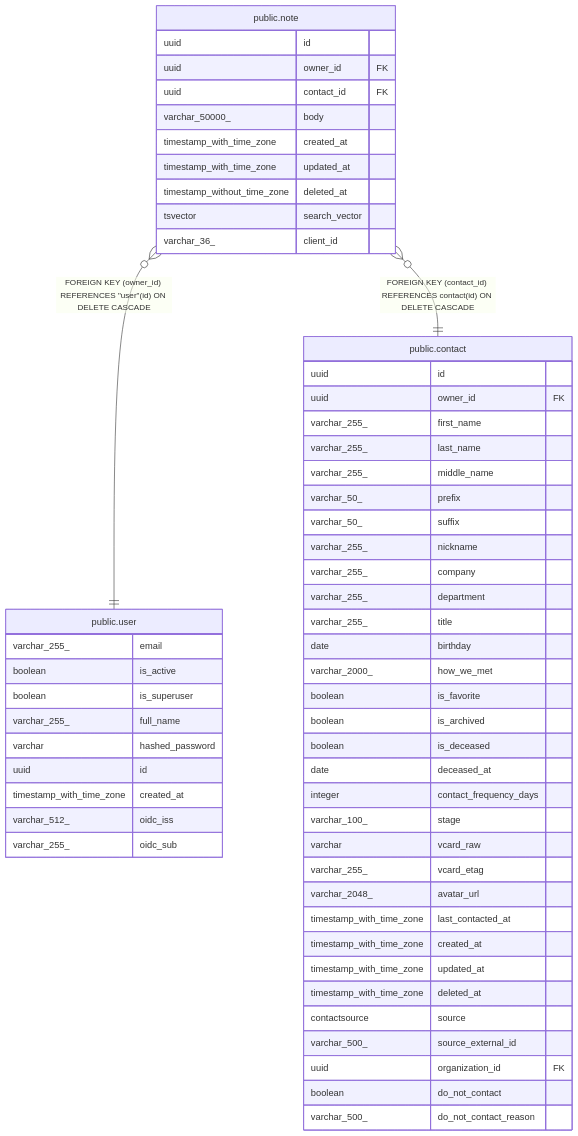
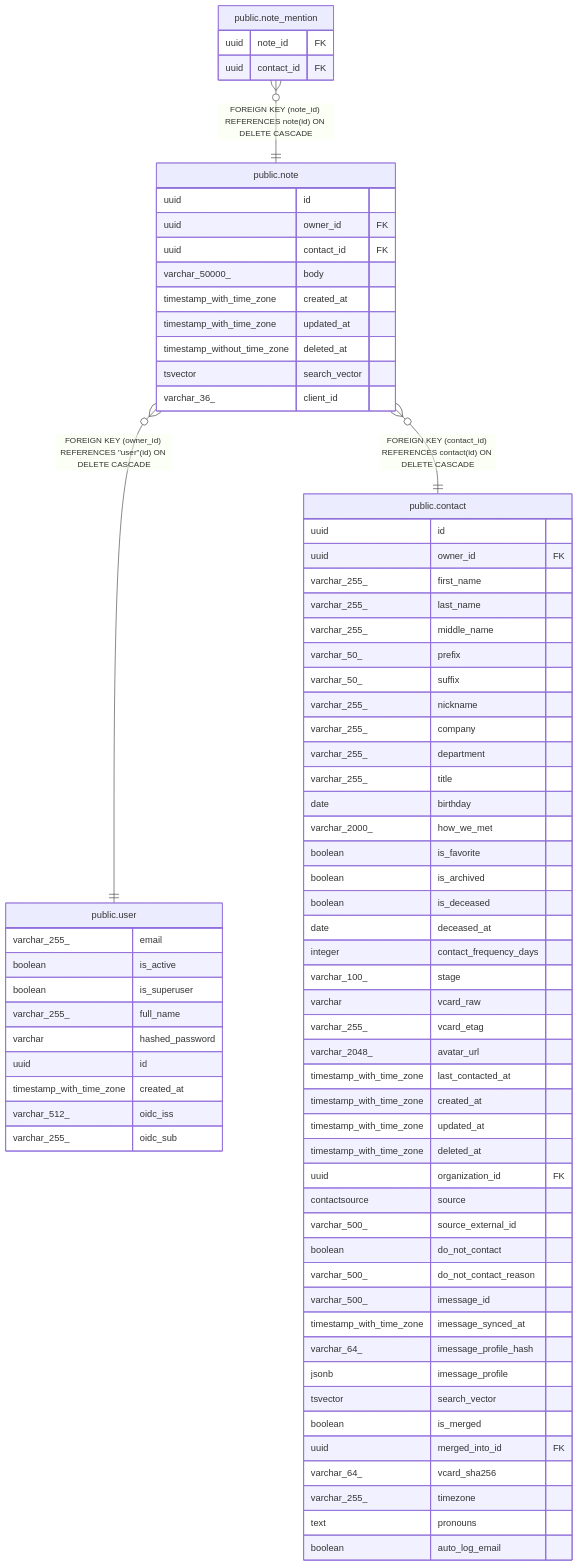
Before and after one commit to pike00/Kindred: the diagram in docs/db/public.note.md, drawn with Mermaid. The commit also changed other lines of this file and 23 other files, not shown here.

Commit message:
docs: regenerate db schema docs for merge-train features

````diff
--- a/docs/db/public.note.md
+++ b/docs/db/public.note.md
@@ -55,62 +55,78 @@
 ```mermaid
 erDiagram
 
+"public.note_mention" }o--|| "public.note" : "FOREIGN KEY (note_id) REFERENCES note(id) ON DELETE CASCADE"
 "public.note" }o--|| "public.user" : "FOREIGN KEY (owner_id) REFERENCES #quot;user#quot;(id) ON DELETE CASCADE"
 "public.note" }o--|| "public.contact" : "FOREIGN KEY (contact_id) REFERENCES contact(id) ON DELETE CASCADE"
 
 "public.note" {
   uuid id
   uuid owner_id FK
   uuid contact_id FK
   varchar_50000_ body
   timestamp_with_time_zone created_at
   timestamp_with_time_zone updated_at
   timestamp_without_time_zone deleted_at
   tsvector search_vector
   varchar_36_ client_id
+}
+"public.note_mention" {
+  uuid note_id FK
+  uuid contact_id FK
 }
 "public.user" {
   varchar_255_ email
   boolean is_active
   boolean is_superuser
   varchar_255_ full_name
   varchar hashed_password
   uuid id
   timestamp_with_time_zone created_at
   varchar_512_ oidc_iss
   varchar_255_ oidc_sub
 }
 "public.contact" {
   uuid id
   uuid owner_id FK
   varchar_255_ first_name
   varchar_255_ last_name
   varchar_255_ middle_name
   varchar_50_ prefix
   varchar_50_ suffix
   varchar_255_ nickname
   varchar_255_ company
   varchar_255_ department
   varchar_255_ title
   date birthday
   varchar_2000_ how_we_met
   boolean is_favorite
   boolean is_archived
   boolean is_deceased
   date deceased_at
   integer contact_frequency_days
   varchar_100_ stage
   varchar vcard_raw
   varchar_255_ vcard_etag
   varchar_2048_ avatar_url
   timestamp_with_time_zone last_contacted_at
   timestamp_with_time_zone created_at
   timestamp_with_time_zone updated_at
   timestamp_with_time_zone deleted_at
+  uuid organization_id FK
   contactsource source
   varchar_500_ source_external_id
-  uuid organization_id FK
   boolean do_not_contact
   varchar_500_ do_not_contact_reason
+  varchar_500_ imessage_id
+  timestamp_with_time_zone imessage_synced_at
+  varchar_64_ imessage_profile_hash
+  jsonb imessage_profile
+  tsvector search_vector
+  boolean is_merged
+  uuid merged_into_id FK
+  varchar_64_ vcard_sha256
+  varchar_255_ timezone
+  text pronouns
+  boolean auto_log_email
 }
 ```
````
